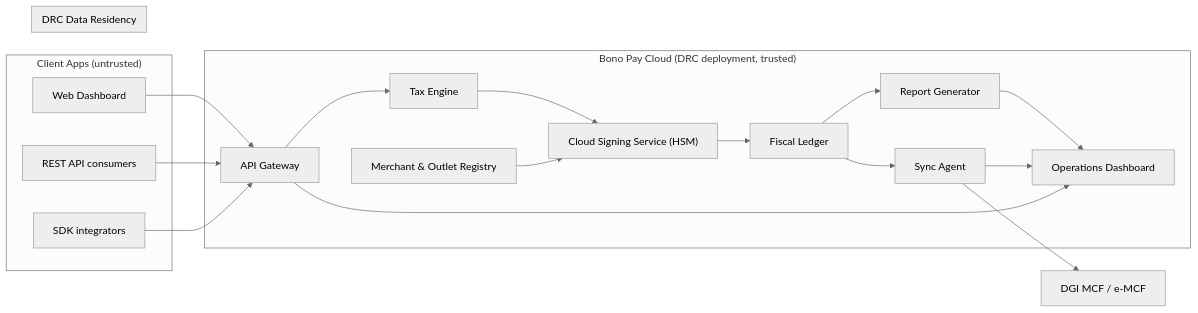
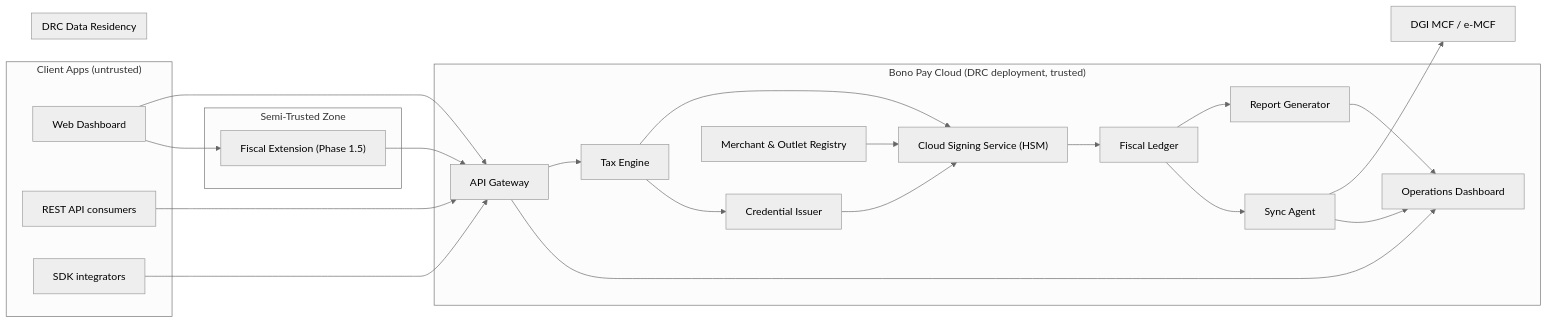
The diagram in design/docs/cloud/architecture.md (kupapay/docs), drawn with Mermaid (neutral theme) before and after one commit. The commit also changed other lines of this file and 27 other files, not shown here.

Commit message:
docs(architecture): implement Delegated Offline Token architecture (Phase 1.5)

````diff
--- a/design/docs/cloud/architecture.md
+++ b/design/docs/cloud/architecture.md
@@ -47,40 +48,48 @@
 ```mermaid
 graph LR
     subgraph Clients["Client Apps (untrusted)"]
         Dashboard["Web Dashboard"]
         API_Consumer["REST API consumers"]
         SDK["SDK integrators"]
     end
+    subgraph SemiTrusted["Semi-Trusted Zone"]
+        FiscalExt["Fiscal Extension (Phase 1.5)"]
+    end
     subgraph Cloud["Bono Pay Cloud (DRC deployment, trusted)"]
         Gateway["API Gateway"]
         TaxEng["Tax Engine"]
+        Issuer["Credential Issuer"]
         HSM["Cloud Signing Service (HSM)"]
         Ledger["Fiscal Ledger"]
         Reports["Report Generator"]
         Sync["Sync Agent"]
         Registry["Merchant & Outlet Registry"]
         Ops["Operations Dashboard"]
     end
     DGI["DGI MCF / e-MCF"]
 
     Dashboard --> Gateway
     API_Consumer --> Gateway
     SDK --> Gateway
+    Dashboard --> FiscalExt
+    FiscalExt --> Gateway
     Gateway --> TaxEng
     TaxEng --> HSM
+    TaxEng --> Issuer
+    Issuer --> HSM
     HSM --> Ledger
     Ledger --> Reports
     Ledger --> Sync
     Sync --> DGI
     Registry --> HSM
     Reports --> Ops
     Sync --> Ops
     Gateway --> Ops
 
     subgraph Region["DRC Data Residency"]
         Ledger
         Registry
         Ops
         Reports
     end
 ```
````
